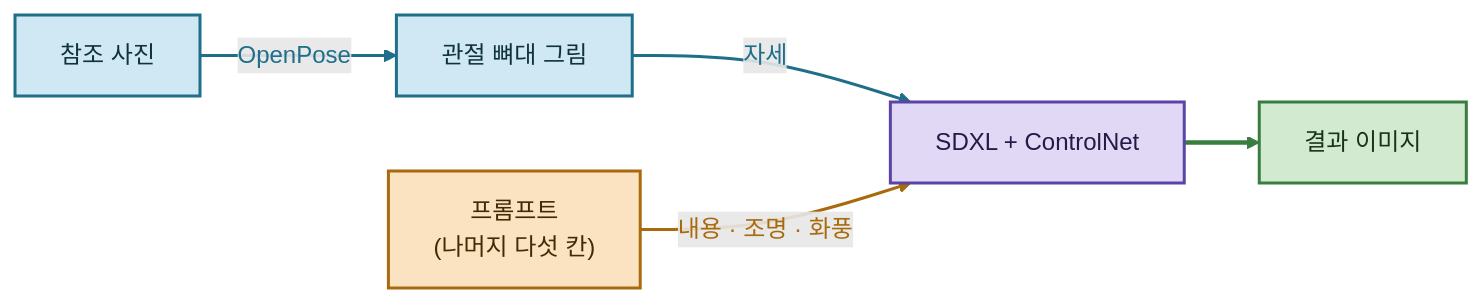
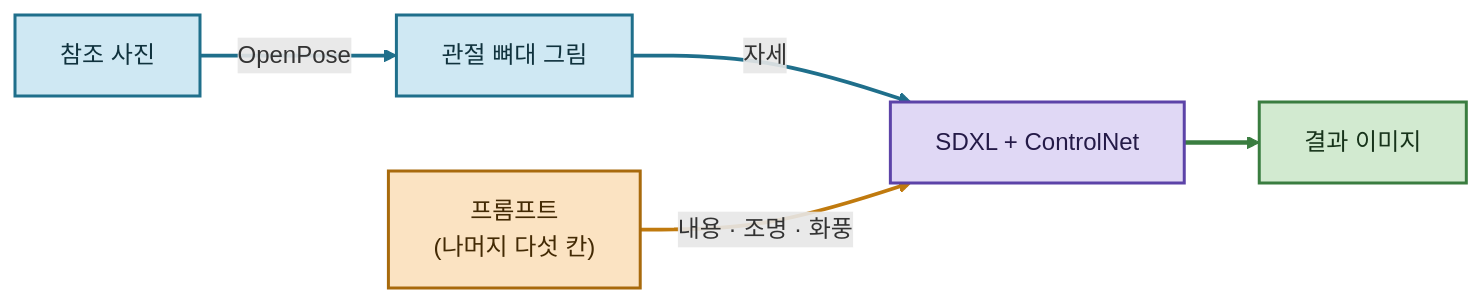
Before and after one commit to rome777/pose-image-tool: the diagram in README.md, drawn with Mermaid. The commit also changed 1 other file, not shown here.

Commit message:
엣지 라벨 색은 테마 기본값에 맡겨 다크 모드 가독성 확보

````diff
--- a/README.md
+++ b/README.md
@@ -14,21 +14,21 @@
 ```mermaid
 flowchart LR
     ref["참조 사진"] -- OpenPose --> skel["관절 뼈대 그림"]
     skel -- "자세" --> gen["SDXL + ControlNet"]
     prompt["프롬프트<br/>(나머지 다섯 칸)"] -- "내용 · 조명 · 화풍" --> gen
     gen --> out["결과 이미지"]
 
     classDef pose   fill:#cfe8f3,stroke:#1f6f8b,stroke-width:2px,color:#10323d
     classDef text   fill:#fbe3c2,stroke:#a86a0c,stroke-width:2px,color:#432a04
     classDef engine fill:#e0d8f5,stroke:#5c43a8,stroke-width:2px,color:#241a47
     classDef result fill:#d2ead0,stroke:#3a7d40,stroke-width:2px,color:#17331a
 
     class ref,skel pose
     class prompt text
     class gen engine
     class out result
 
-    linkStyle 0,1 stroke:#1f6f8b,stroke-width:2px,color:#1f6f8b
-    linkStyle 2   stroke:#a86a0c,stroke-width:2px,color:#a86a0c
-    linkStyle 3   stroke:#3a7d40,stroke-width:3px,color:#3a7d40
+    linkStyle 0,1 stroke:#1f6f8b,stroke-width:2.5px
+    linkStyle 2   stroke:#c07a0e,stroke-width:2.5px
+    linkStyle 3   stroke:#3a7d40,stroke-width:3px
 ```
````
